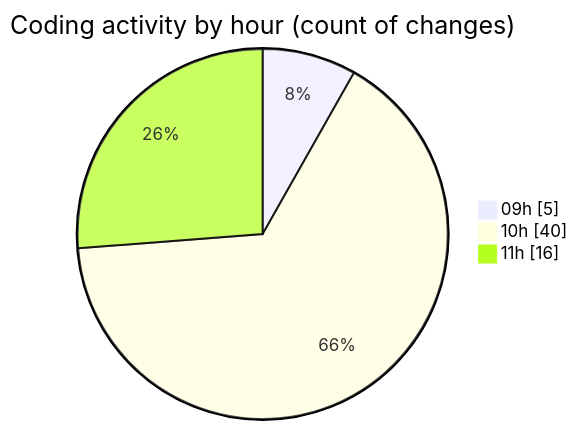
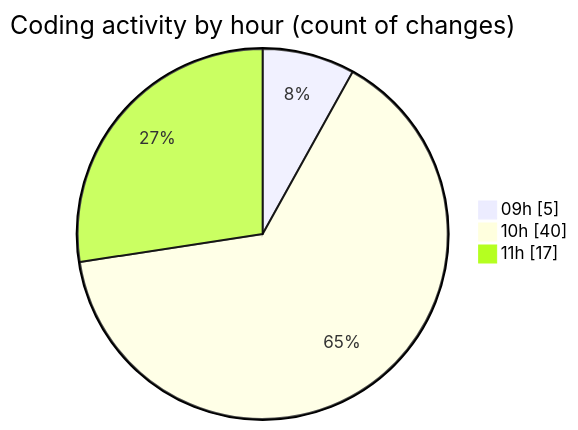
Before and after one commit to CELIANVF/code-tracking: the second of 2 diagrams in 2025-06-02/ecodeli-1/README.md, drawn with Mermaid. The commit also changed other lines of this file and 1 other file, not shown here.

````diff
--- a/2025-06-02/ecodeli-1/README.md
+++ b/2025-06-02/ecodeli-1/README.md
@@ -70,7 +70,7 @@
 ```mermaid
 pie showData
 title Coding activity by hour (count of changes)
 "09h" : 5
 "10h" : 40
-"11h" : 16
+"11h" : 17
 ```
````
